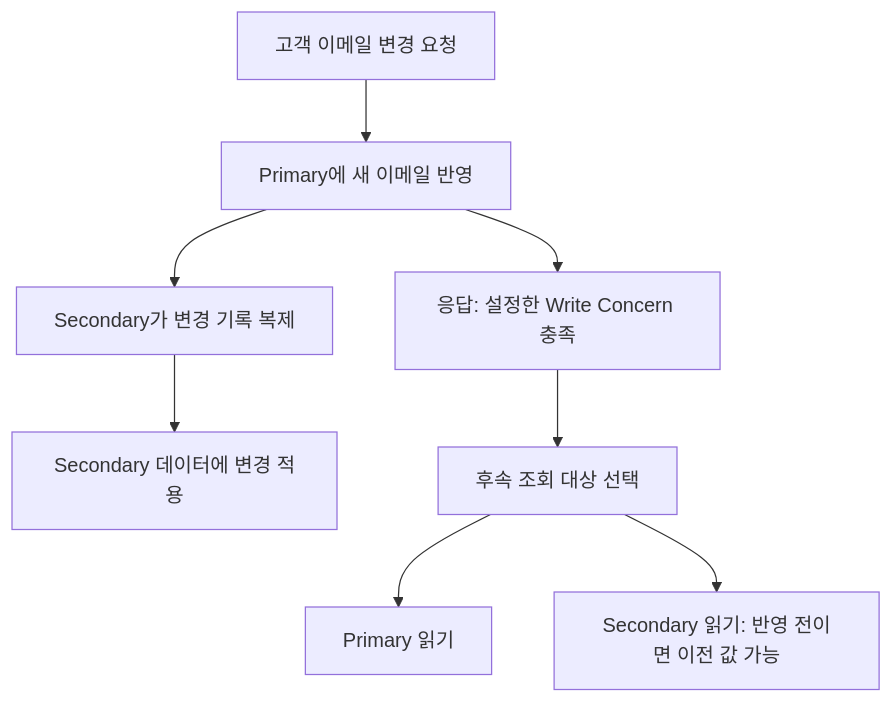
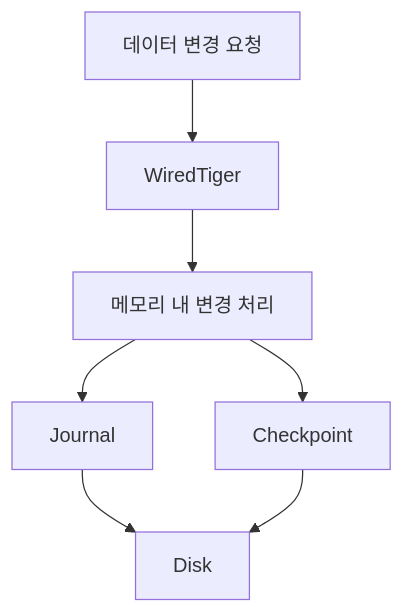
The ninth of 21 diagrams in _posts/study/smart-learning-ent/nosql-mongodb-easy-for-anyone-to-learn/2026-11-05-mongodb-structure-and-basic-concepts.md (ysiksik/ysiksik.github.io), drawn with Mermaid before and after one commit. The commit also changed other lines of this file and 10 other files, not shown here.

````diff
--- a/_posts/study/smart-learning-ent/nosql-mongodb-easy-for-anyone-to-learn/2026-11-05-mongodb-structure-and-basic-concepts.md
+++ b/_posts/study/smart-learning-ent/nosql-mongodb-easy-for-anyone-to-learn/2026-11-05-mongodb-structure-and-basic-concepts.md
@@ -210,10 +732,18 @@
 ```mermaid
 flowchart TD
-    A["고객 이메일 변경 요청"] --> B["Primary에 새 이메일 반영"]
-    B --> C["응답: 설정한 Write Concern 충족"]
-    B --> D["Secondary가 변경 기록 복제"]
-    D --> E["Secondary 데이터에 변경 적용"]
-    C --> F["후속 조회 대상 선택"]
-    F --> G["Primary 읽기"]
-    F --> H["Secondary 읽기: 반영 전이면 이전 값 가능"]
+    A["데이터 변경 요청"]
+    B["WiredTiger"]
+    C["메모리 내 변경 처리"]
+    D["Journal"]
+    E["Checkpoint"]
+    F["Disk"]
+
+    A --> B
+    B --> C
+
+    C --> D
+    C --> E
+
+    D --> F
+    E --> F
 ```
````
